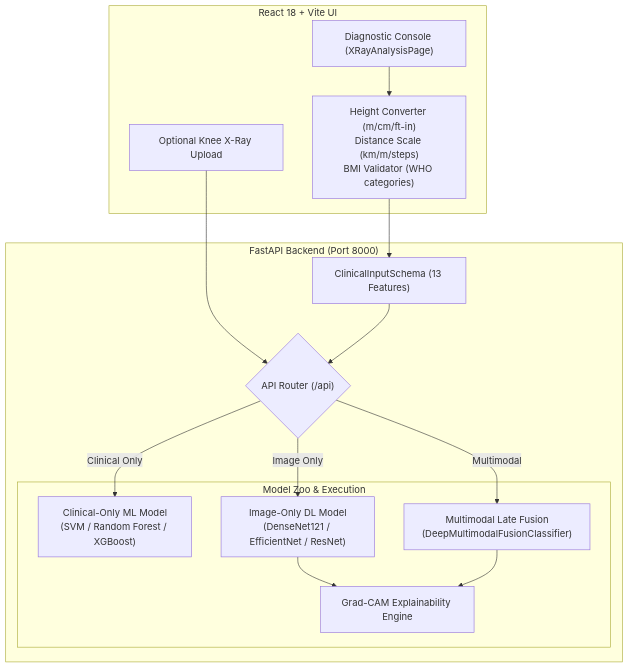
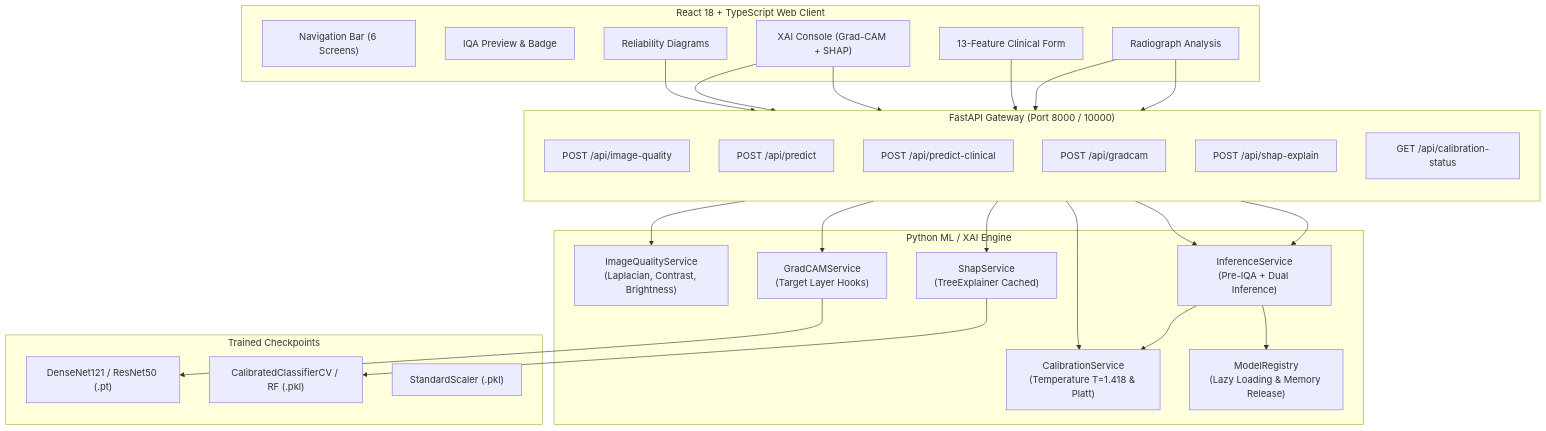
One commit to Tharun-Pasumarthi/osteovision-ai changed the diagram in README.md. Above: the diagram before and after it, drawn with Mermaid. The commit also changed other lines of this file and 24 other files, not shown here.

````diff
--- a/README.md
+++ b/README.md
@@ -60,31 +146,55 @@
 ```mermaid
 flowchart TD
-    subgraph Frontend["React 18 + Vite UI"]
-        UI_Input["Diagnostic Console (XRayAnalysisPage)"]
-        UI_Converters["Height Converter (m/cm/ft-in)<br/>Distance Scale (km/m/steps)<br/>BMI Validator (WHO categories)"]
-        UI_Image["Optional Knee X-Ray Upload"]
+    subgraph Client["React 18 + TypeScript Web Client"]
+        Nav["Navigation Bar (6 Screens)"]
+        IQA_UI["IQA Preview & Badge"]
+        XRay_UI["Radiograph Analysis"]
+        Clin_UI["13-Feature Clinical Form"]
+        XAI_UI["XAI Console (Grad-CAM + SHAP)"]
+        Calib_UI["Reliability Diagrams"]
     end
 
-    subgraph Backend["FastAPI Backend (Port 8000)"]
-        API_Route{"API Router (/api)"}
-        Clin_Schema["ClinicalInputSchema (13 Features)"]
-        
-        subgraph Models["Model Zoo & Execution"]
-            Clin_Model["Clinical-Only ML Model<br/>(SVM / Random Forest / XGBoost)"]
-            Vision_Model["Image-Only DL Model<br/>(DenseNet121 / EfficientNet / ResNet)"]
-            Fusion_Model["Multimodal Late Fusion<br/>(DeepMultimodalFusionClassifier)"]
-            GradCAM_Engine["Grad-CAM Explainability Engine"]
-        end
+    subgraph API["FastAPI Gateway (Port 8000 / 10000)"]
+        direction TB
+        R_IQA["POST /api/image-quality"]
+        R_Pred["POST /api/predict"]
+        R_Clin["POST /api/predict-clinical"]
+        R_CAM["POST /api/gradcam"]
+        R_SHAP["POST /api/shap-explain"]
+        R_Cal["GET /api/calibration-status"]
     end
 
-    UI_Input --> UI_Converters
-    UI_Converters --> Clin_Schema
-    UI_Image --> API_Route
-    Clin_Schema --> API_Route
+    subgraph Services["Python ML / XAI Engine"]
+        IQASvc["ImageQualityService<br/>(Laplacian, Contrast, Brightness)"]
+        InferenceSvc["InferenceService<br/>(Pre-IQA + Dual Inference)"]
+        CAM["GradCAMService<br/>(Target Layer Hooks)"]
+        SHAP["ShapService<br/>(TreeExplainer Cached)"]
+        Calib["CalibrationService<br/>(Temperature T=1.418 & Platt)"]
+        Registry["ModelRegistry<br/>(Lazy Loading & Memory Release)"]
+    end
 
-    API_Route -->|Clinical Only| Clin_Model
-    API_Route -->|Image Only| Vision_Model
-    API_Route -->|Multimodal| Fusion_Model
-    Vision_Model --> GradCAM_Engine
-    Fusion_Model --> GradCAM_Engine
+    subgraph Models["Trained Checkpoints"]
+        CNN["DenseNet121 / ResNet50 (.pt)"]
+        RF["CalibratedClassifierCV / RF (.pkl)"]
+        Scaler["StandardScaler (.pkl)"]
+    end
+
+    XRay_UI --> R_IQA
+    XRay_UI --> R_Pred
+    Clin_UI --> R_Clin
+    XAI_UI --> R_CAM
+    XAI_UI --> R_SHAP
+    Calib_UI --> R_Cal
+
+    R_IQA --> IQASvc
+    R_Pred --> InferenceSvc
+    R_Clin --> InferenceSvc
+    R_CAM --> CAM
+    R_SHAP --> SHAP
+    R_Cal --> Calib
+
+    InferenceSvc --> Registry
+    CAM --> CNN
+    SHAP --> RF
+    InferenceSvc --> Calib
 ```
````
